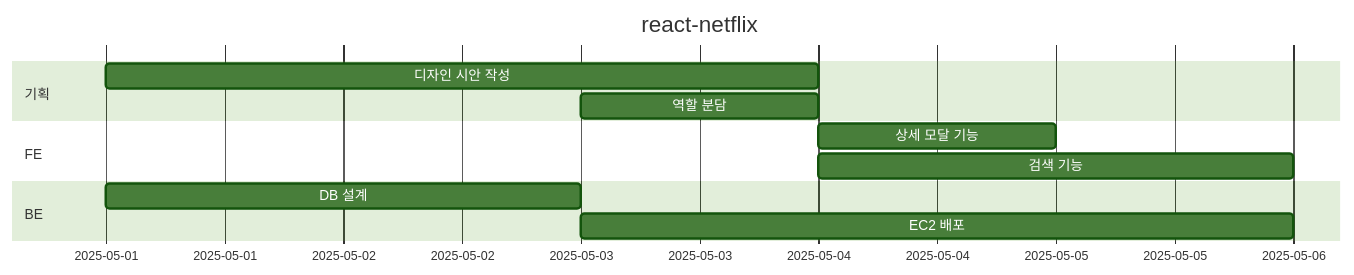
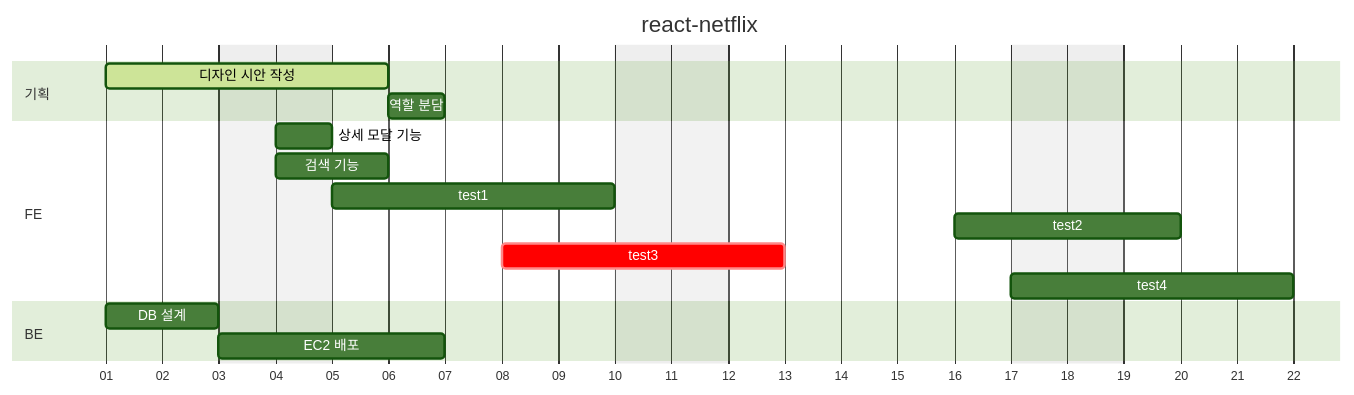
Before and after one commit to goorm-sdd/react-netflix: the diagram in README.md, drawn with Mermaid (forest theme).

````diff
--- a/README.md
+++ b/README.md
@@ -23,14 +23,22 @@
 ```mermaid
 gantt
     title react-netflix
-    dateformat YY-MM-DD
+    dateformat YYYY-MM-DD
+    axisFormat %d
+    excludes weekends
+    tickInterval 1day
+    todayMarker stroke-width:5px,stroke:#0f0,opacity:0.5
     section 기획
-        디자인 시안 작성    :2025-05-01, 3d
-        역할 분담    :2025-05-03, 1d
+        디자인 시안 작성    :active, a1, 2025-05-01, 3d
+        역할 분담    :after a1, 1d
     section FE
         상세 모달 기능    :2025-05-04,  1d
-        검색 기능:    2025-05-04, 2d
+        검색 기능    :2025-05-04, 2d
+        test1    :2025-05-05, 5d
+        test2    :2025-05-16, 2d
+        test3    :crit, 2025-05-08, 3d
+        test4    :2025-05-17, 4d
     section BE
         DB 설계    :2025-05-01, 2d
         EC2 배포    :2025-05-03, 3d
 ```
````
